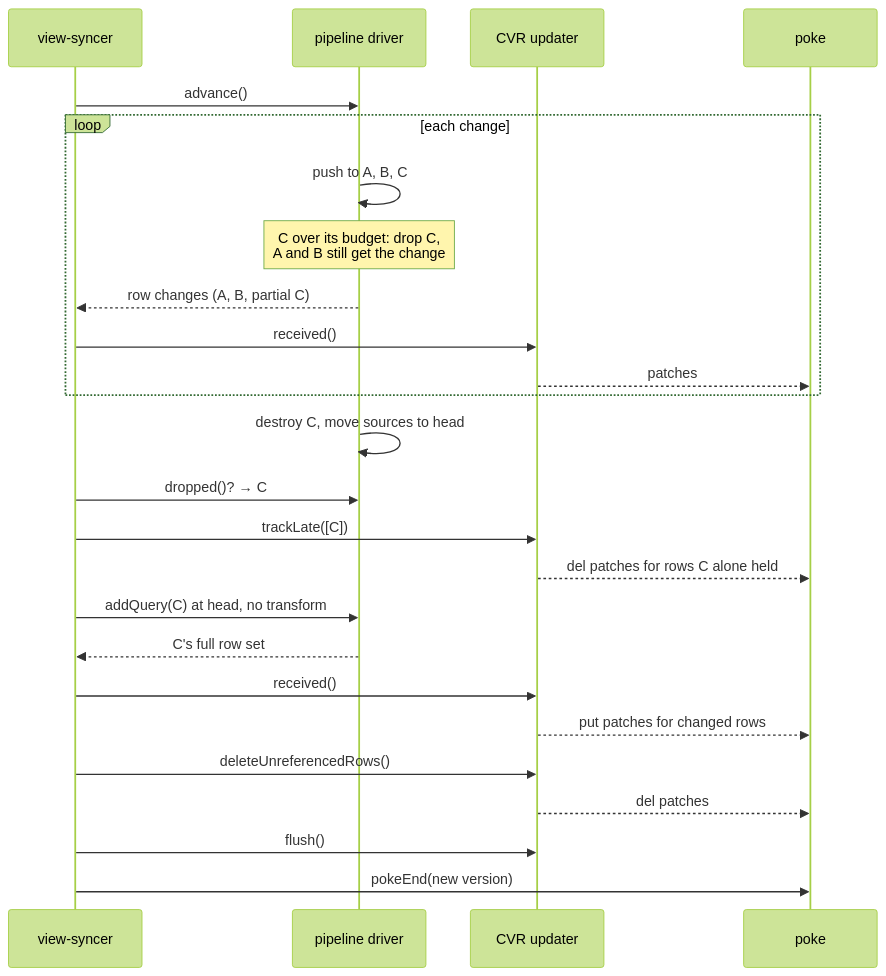
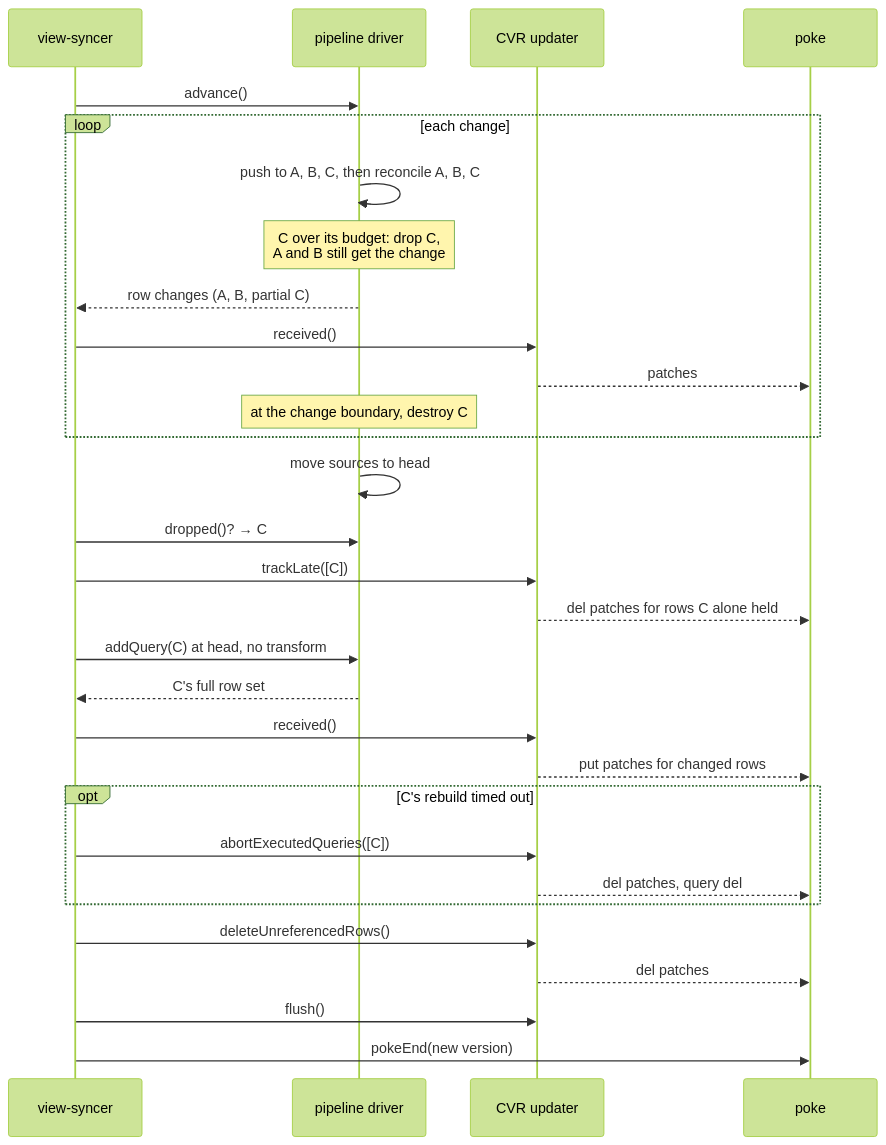
One commit to rocicorp/mono changed the diagram in designs/003_per_pipeline_reset.md. Above: the diagram before and after it, drawn with Mermaid (forest theme). The commit also changed other lines of this file, not shown here.

````diff
--- a/designs/003_per_pipeline_reset.md
+++ b/designs/003_per_pipeline_reset.md
@@ -471,27 +625,32 @@
 ```mermaid
 sequenceDiagram
     participant VS as view-syncer
     participant PD as pipeline driver
     participant U as CVR updater
     participant P as poke
     VS->>PD: advance()
     loop each change
-        PD->>PD: push to A, B, C
+        PD->>PD: push to A, B, C, then reconcile A, B, C
         Note over PD: C over its budget: drop C,<br/>A and B still get the change
         PD-->>VS: row changes (A, B, partial C)
         VS->>U: received()
         U-->>P: patches
+        Note over PD: at the change boundary, destroy C
     end
-    PD->>PD: destroy C, move sources to head
+    PD->>PD: move sources to head
     VS->>PD: dropped()? → C
     VS->>U: trackLate([C])
     U-->>P: del patches for rows C alone held
     VS->>PD: addQuery(C) at head, no transform
     PD-->>VS: C's full row set
     VS->>U: received()
     U-->>P: put patches for changed rows
+    opt C's rebuild timed out
+        VS->>U: abortExecutedQueries([C])
+        U-->>P: del patches, query del
+    end
     VS->>U: deleteUnreferencedRows()
     U-->>P: del patches
     VS->>U: flush()
     VS->>P: pokeEnd(new version)
 ```
````
